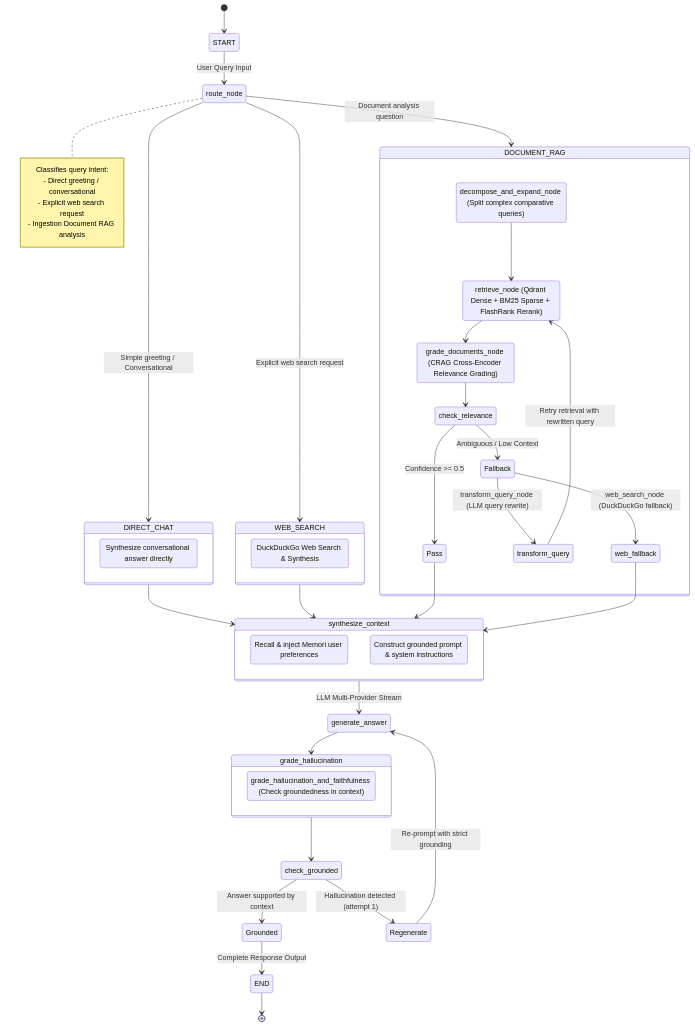
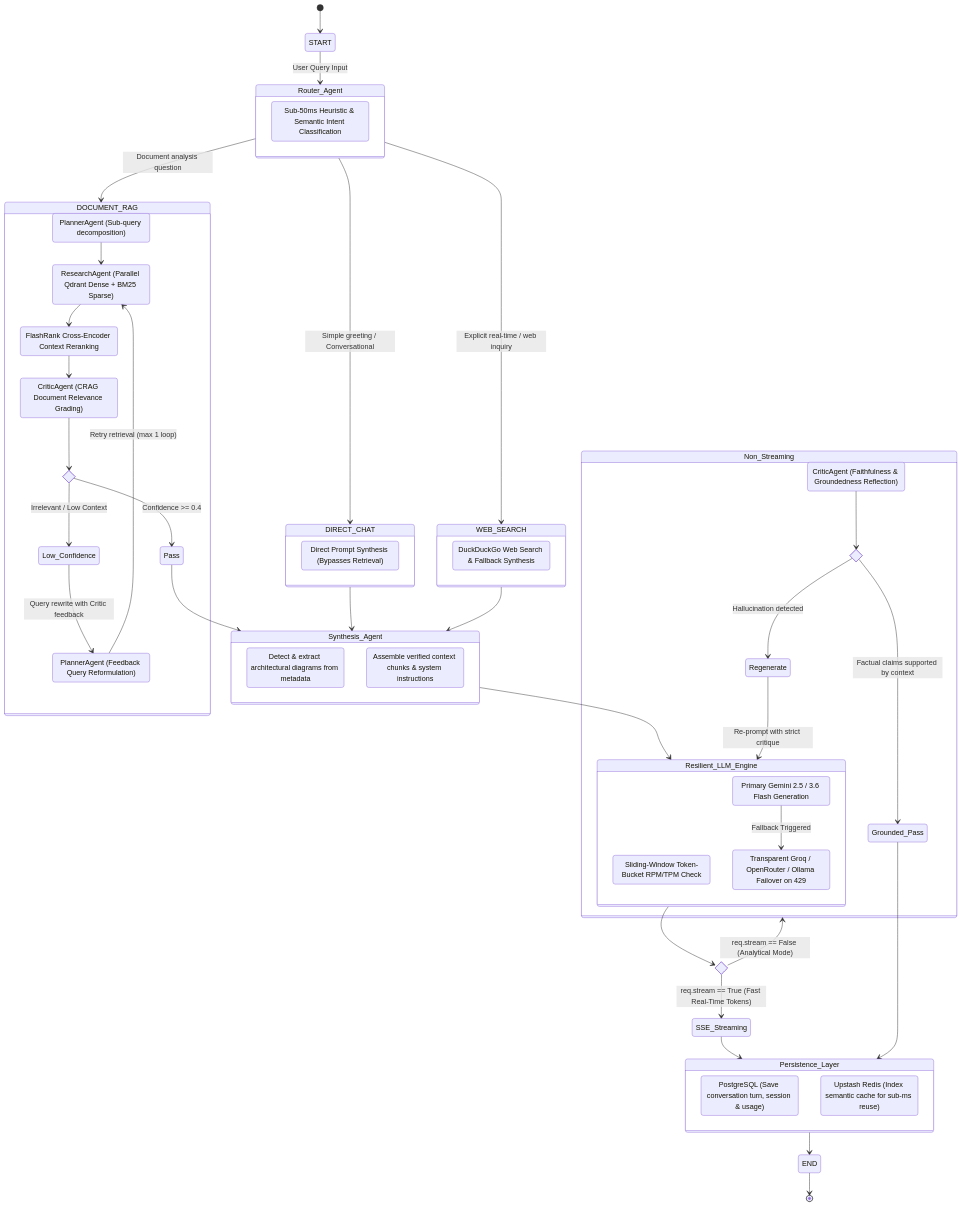
One commit to LaxmiNarayana31/webchat changed the third of 3 diagrams in ARCHITECTURE.md. Above: the diagram before and after it, drawn with Mermaid. The commit also changed other lines of this file and 1 other file, not shown here.

Commit message:
Refactor README.md for clarity and structure; update project description, features, and environment setup instructions

````diff
--- a/ARCHITECTURE.md
+++ b/ARCHITECTURE.md
@@ -163,70 +183,83 @@
 ```mermaid
 stateDiagram-v2
     [*] --> START
-    START --> route_node: User Query Input
+    START --> Router_Agent: User Query Input
 
-    state route_node <<choice>>
-    note right of route_node
-        Classifies query intent:
-        - Direct greeting / conversational
-        - Explicit web search request
-        - Ingestion Document RAG analysis
-    end note
+    state Router_Agent {
+        intent_check: Sub-50ms Heuristic & Semantic Intent Classification
+    }
 
-    route_node --> DIRECT_CHAT: Simple greeting / Conversational
-    route_node --> WEB_SEARCH: Explicit web search request
-    route_node --> DOCUMENT_RAG: Document analysis question
+    Router_Agent --> DIRECT_CHAT: Simple greeting / Conversational
+    Router_Agent --> WEB_SEARCH: Explicit real-time / web inquiry
+    Router_Agent --> DOCUMENT_RAG: Document analysis question
 
     state DIRECT_CHAT {
-        synthesize_direct: Synthesize conversational answer directly
+        direct_synth: Direct Prompt Synthesis (Bypasses Retrieval)
     }
 
     state WEB_SEARCH {
-        web_search_direct: DuckDuckGo Web Search & Synthesis
+        web_retrieval: DuckDuckGo Web Search & Fallback Synthesis
     }
 
     state DOCUMENT_RAG {
-        decompose: decompose_and_expand_node (Split complex comparative queries)
-        retrieve: retrieve_node (Qdrant Dense + BM25 Sparse + FlashRank Rerank)
-        grade_docs: grade_documents_node (CRAG Cross-Encoder Relevance Grading)
-        
-        decompose --> retrieve
-        retrieve --> grade_docs
-        grade_docs --> check_relevance
+        Planner_Decompose: PlannerAgent (Sub-query decomposition)
+        Research_Hybrid: ResearchAgent (Parallel Qdrant Dense + BM25 Sparse)
+        FlashRank_Rerank: FlashRank Cross-Encoder Context Reranking
+        Critic_CRAG: CriticAgent (CRAG Document Relevance Grading)
+        Planner_Rewrite: PlannerAgent (Feedback Query Reformulation)
 
-        state check_relevance <<choice>>
-        check_relevance --> Pass: Confidence >= 0.5
-        check_relevance --> Fallback: Ambiguous / Low Context
-      
-        Fallback --> transform_query: transform_query_node (LLM query rewrite)
-        transform_query --> retrieve: Retry retrieval with rewritten query
-        Fallback --> web_fallback: web_search_node (DuckDuckGo fallback)
+        Planner_Decompose --> Research_Hybrid
+        Research_Hybrid --> FlashRank_Rerank
+        FlashRank_Rerank --> Critic_CRAG
+
+        state crag_decision <<choice>>
+        Critic_CRAG --> crag_decision
+        crag_decision --> Pass: Confidence >= 0.4
+        crag_decision --> Low_Confidence: Irrelevant / Low Context
+        Low_Confidence --> Planner_Rewrite: Query rewrite with Critic feedback
+        Planner_Rewrite --> Research_Hybrid: Retry retrieval (max 1 loop)
     }
 
-    DIRECT_CHAT --> synthesize_context
-    WEB_SEARCH --> synthesize_context
-    Pass --> synthesize_context
-    web_fallback --> synthesize_context
+    DIRECT_CHAT --> Synthesis_Agent
+    WEB_SEARCH --> Synthesis_Agent
+    Pass --> Synthesis_Agent
 
-    state synthesize_context {
-        inject_memory: Recall & inject Memori user preferences
-        build_prompt: Construct grounded prompt & system instructions
+    state Synthesis_Agent {
+        diagram_extraction: Detect & extract architectural diagrams from metadata
+        context_compression: Assemble verified context chunks & system instructions
     }
 
-    synthesize_context --> generate_answer: LLM Multi-Provider Stream
+    Synthesis_Agent --> Resilient_LLM_Engine
 
-    state grade_hallucination {
-        self_rag: grade_hallucination_and_faithfulness (Check groundedness in context)
+    state Resilient_LLM_Engine {
+        rate_limiter: Sliding-Window Token-Bucket RPM/TPM Check
+        primary_model: Primary Gemini 2.5 / 3.6 Flash Generation
+        fallback_cascade: Transparent Groq / OpenRouter / Ollama Failover on 429
+        primary_model --> fallback_cascade: Fallback Triggered
     }
 
-    generate_answer --> grade_hallucination
-    grade_hallucination --> check_grounded
+    state generation_mode <<choice>>
+    Resilient_LLM_Engine --> generation_mode
+    generation_mode --> SSE_Streaming: req.stream == True (Fast Real-Time Tokens)
+    generation_mode --> Non_Streaming: req.stream == False (Analytical Mode)
 
-    state check_grounded <<choice>>
-    check_grounded --> Grounded: Answer supported by context
-    check_grounded --> Regenerate: Hallucination detected (attempt 1)
-  
-    Regenerate --> generate_answer: Re-prompt with strict grounding
-    Grounded --> END: Complete Response Output
+    state Non_Streaming {
+        Critic_SelfRAG: CriticAgent (Faithfulness & Groundedness Reflection)
+        state grounded_decision <<choice>>
+        Critic_SelfRAG --> grounded_decision
+        grounded_decision --> Grounded_Pass: Factual claims supported by context
+        grounded_decision --> Regenerate: Hallucination detected
+        Regenerate --> Resilient_LLM_Engine: Re-prompt with strict critique
+    }
+
+    SSE_Streaming --> Persistence_Layer
+    Grounded_Pass --> Persistence_Layer
+
+    state Persistence_Layer {
+        db_persist: PostgreSQL (Save conversation turn, session & usage)
+        cache_persist: Upstash Redis (Index semantic cache for sub-ms reuse)
+    }
+
+    Persistence_Layer --> END
     END --> [*]
 ```
````
